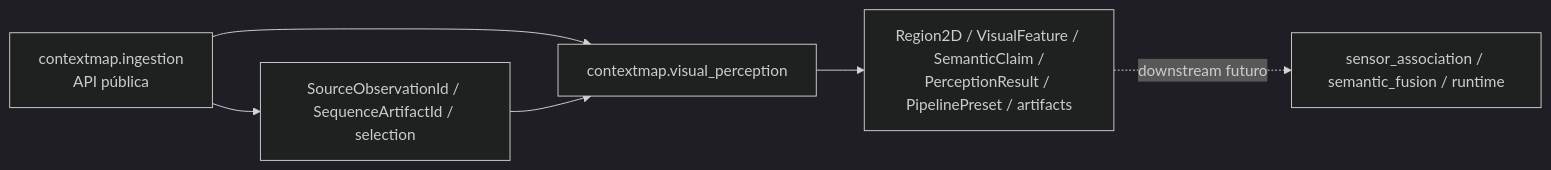
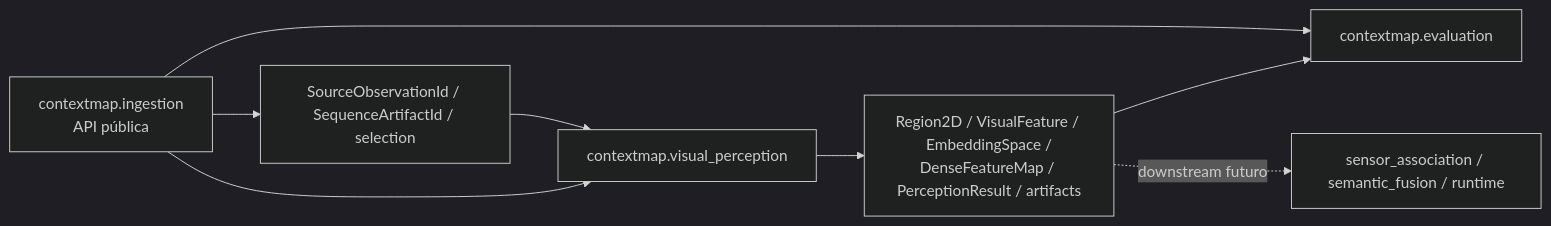
One commit to Alexandre-Tortoza/contextmap2 changed the diagram in docs/module-api.md. Above: the diagram before and after it, drawn with Mermaid (dark theme). The commit also changed other lines of this file and 13 other files, not shown here.

````diff
--- a/docs/module-api.md
+++ b/docs/module-api.md
@@ -36,8 +36,10 @@
 ```mermaid
 flowchart LR
     INGROOT["contextmap.ingestion<br/>API pública"] --> VP["contextmap.visual_perception"]
     INGROOT --> OBS["SourceObservationId / SequenceArtifactId / selection"]
     OBS --> VP
-    VP --> PUB["Region2D / VisualFeature / SemanticClaim /<br/>PerceptionResult / PipelinePreset / artifacts"]
+    VP --> PUB["Region2D / VisualFeature / EmbeddingSpace /<br/>DenseFeatureMap / PerceptionResult / artifacts"]
+    PUB --> EV["contextmap.evaluation"]
+    INGROOT --> EV
     PUB -. downstream futuro .-> NEXT["sensor_association / semantic_fusion / runtime"]
 ```
````
